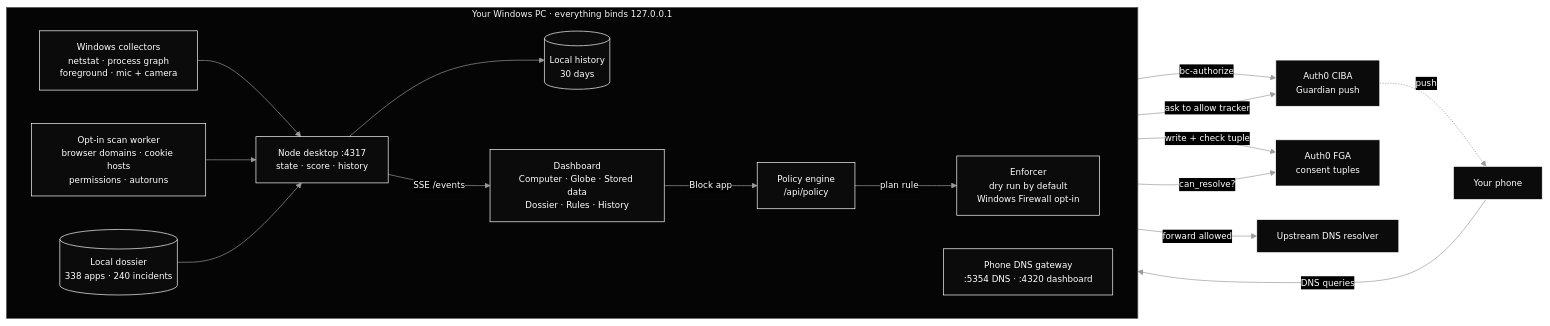
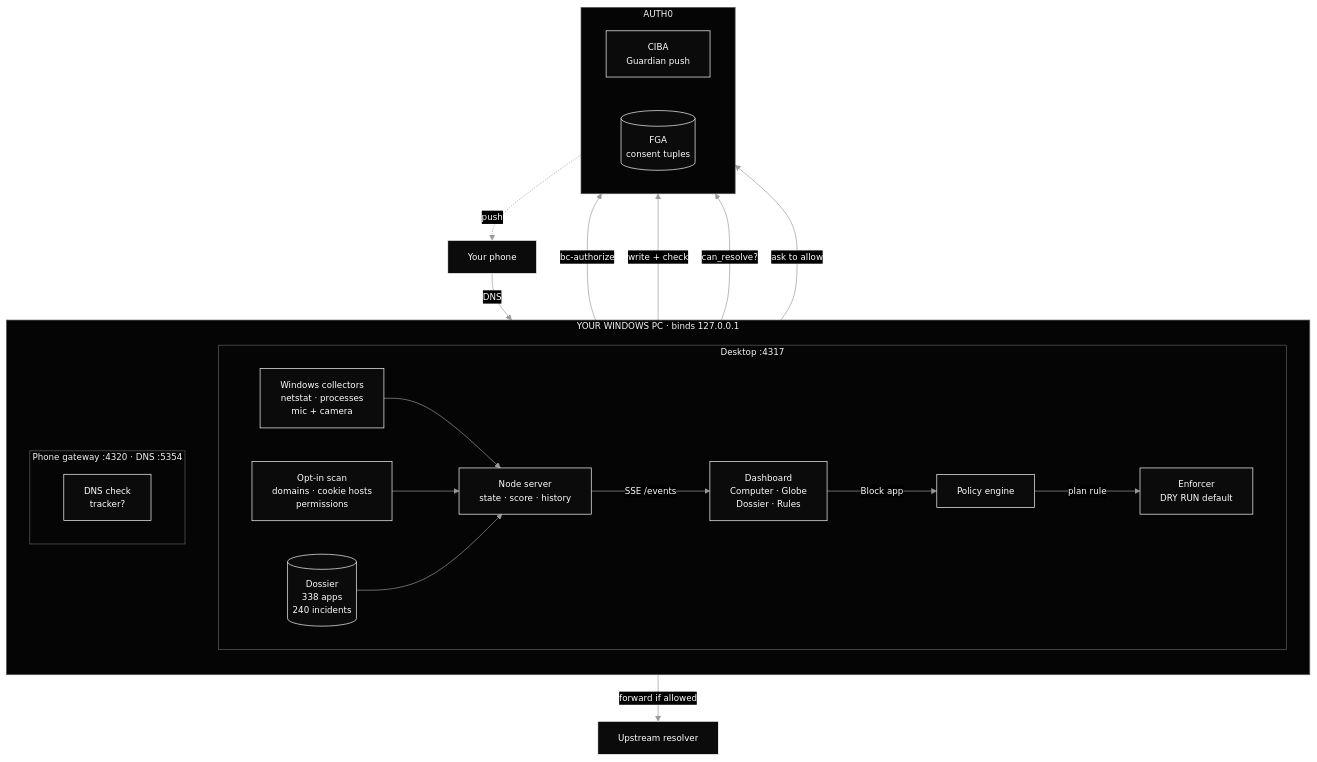
The first of 2 diagrams in README.md (Ibrahim9876Q/outbound), drawn with Mermaid before and after one commit.

Commit message:
Lay out the README architecture diagram top-down

````diff
--- a/README.md
+++ b/README.md
@@ -121,35 +121,35 @@
 ```mermaid
 %%{init: {'theme':'base','themeVariables':{'background':'#000000','primaryColor':'#0b0b0b','primaryTextColor':'#ffffff','primaryBorderColor':'#ffffff','lineColor':'#9a9a9a','secondaryColor':'#161616','tertiaryColor':'#0b0b0b','clusterBkg':'#050505','clusterBorder':'#5f5f5f','edgeLabelBackground':'#000000','fontFamily':'ui-monospace, Consolas, monospace','fontSize':'13px'}}}%%
-flowchart LR
-  subgraph PC["Your Windows PC · everything binds 127.0.0.1"]
+flowchart TB
+  subgraph PC["YOUR WINDOWS PC · binds 127.0.0.1"]
+    direction TB
+    subgraph DESK["Desktop :4317"]
+      direction LR
+      COL["Windows collectors<br/>netstat · processes<br/>mic + camera"] --> SRV["Node server<br/>state · score · history"]
+      SCAN["Opt-in scan<br/>domains · cookie hosts<br/>permissions"] --> SRV
+      DOS[("Dossier<br/>338 apps<br/>240 incidents")] --> SRV
+      SRV -- "SSE /events" --> UI["Dashboard<br/>Computer · Globe<br/>Dossier · Rules"]
+      UI -- "Block app" --> POL["Policy engine"]
+      POL -- "plan rule" --> ENF["Enforcer<br/>DRY RUN default"]
+    end
+    subgraph GWG["Phone gateway :4320 · DNS :5354"]
+      direction LR
+      GW["DNS check<br/>tracker?"]
+    end
+  end
+  subgraph AUTH0["AUTH0"]
     direction LR
-    COL["Windows collectors<br/>netstat · process graph<br/>foreground · mic + camera"]
-    SRV["Node desktop :4317<br/>state · score · history"]
-    SCAN["Opt-in scan worker<br/>browser domains · cookie hosts<br/>permissions · autoruns"]
-    DOS[("Local dossier<br/>338 apps · 240 incidents")]
-    HIS[("Local history<br/>30 days")]
-    UI["Dashboard<br/>Computer · Globe · Stored data<br/>Dossier · Rules · History"]
-    POL["Policy engine<br/>/api/policy"]
-    ENF["Enforcer<br/>dry run by default<br/>Windows Firewall opt-in"]
-    GW["Phone DNS gateway<br/>:5354 DNS · :4320 dashboard"]
+    CIBA["CIBA<br/>Guardian push"]
+    FGA[("FGA<br/>consent tuples")]
   end
-  CIBA["Auth0 CIBA<br/>Guardian push"]
-  FGA["Auth0 FGA<br/>consent tuples"]
   PHONE["Your phone"]
-  UP["Upstream DNS resolver"]
+  UP["Upstream resolver"]
 
-  COL --> SRV
-  SCAN --> SRV
-  DOS --> SRV
-  SRV --> HIS
-  SRV -- "SSE /events" --> UI
-  UI -- "Block app" --> POL
   POL -- "bc-authorize" --> CIBA
+  POL -- "write + check" --> FGA
   CIBA -. "push" .-> PHONE
-  POL -- "write + check tuple" --> FGA
-  POL -- "plan rule" --> ENF
-  PHONE -- "DNS queries" --> GW
+  PHONE -- "DNS" --> GW
   GW -- "can_resolve?" --> FGA
-  GW -- "ask to allow tracker" --> CIBA
-  GW -- "forward allowed" --> UP
+  GW -- "ask to allow" --> CIBA
+  GW -- "forward if allowed" --> UP
 ```
````
